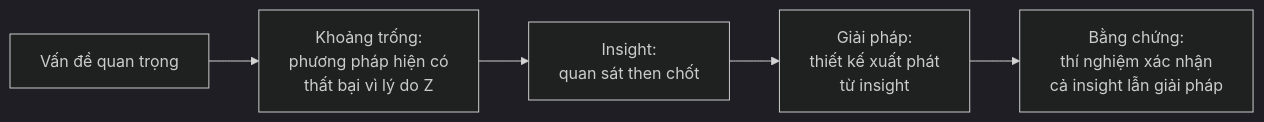
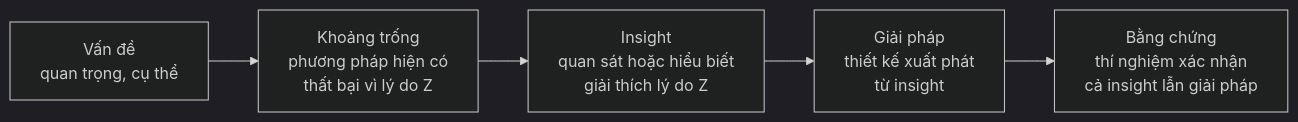
The diagram in docs/01-truoc-khi-viet/cau-chuyen.md (tuandung222/How-to-write-Astar-Paper), drawn with Mermaid (dark theme) before and after one commit. The commit also changed other lines of this file and 61 other files, not shown here.

````diff
--- a/docs/01-truoc-khi-viet/cau-chuyen.md
+++ b/docs/01-truoc-khi-viet/cau-chuyen.md
@@ -7,7 +22,7 @@
 ```mermaid
 flowchart LR
-  P[Vấn đề quan trọng] --> G[Khoảng trống:<br/>phương pháp hiện có<br/>thất bại vì lý do Z]
-  G --> I[Insight:<br/>quan sát then chốt]
-  I --> S[Giải pháp:<br/>thiết kế xuất phát<br/>từ insight]
-  S --> E[Bằng chứng:<br/>thí nghiệm xác nhận<br/>cả insight lẫn giải pháp]
+  P["Vấn đề<br/>quan trọng, cụ thể"] --> G["Khoảng trống<br/>phương pháp hiện có<br/>thất bại vì lý do Z"]
+  G --> I["Insight<br/>quan sát hoặc hiểu biết<br/>giải thích lý do Z"]
+  I --> S["Giải pháp<br/>thiết kế xuất phát<br/>từ insight"]
+  S --> E["Bằng chứng<br/>thí nghiệm xác nhận<br/>cả insight lẫn giải pháp"]
 ```
````
